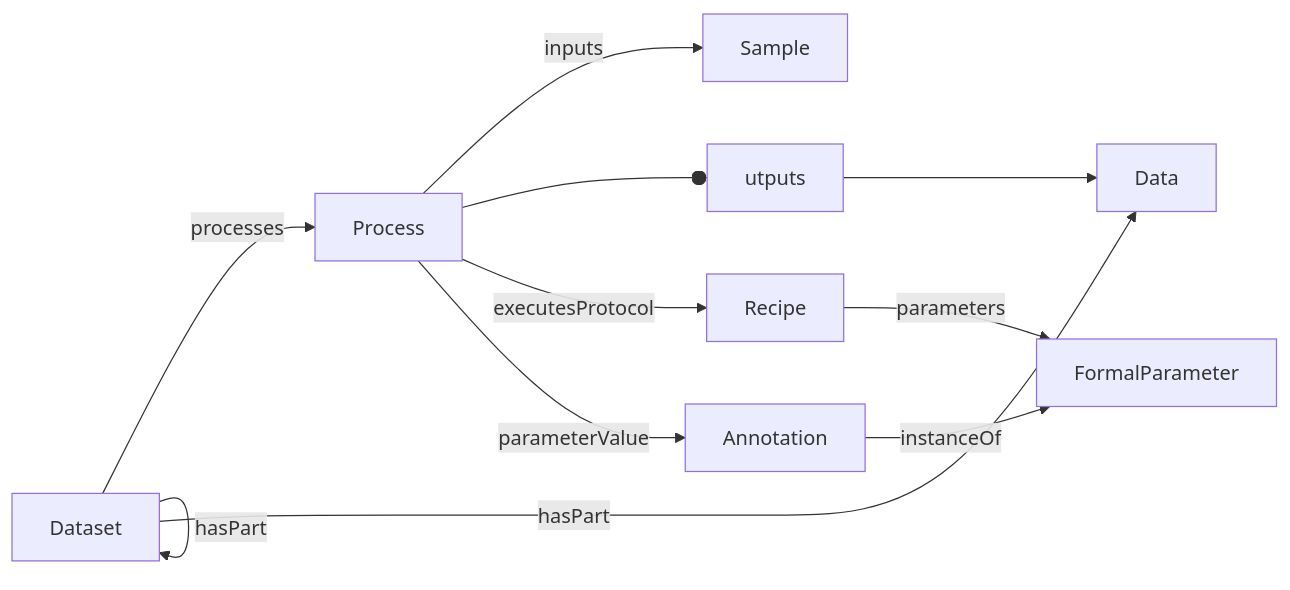
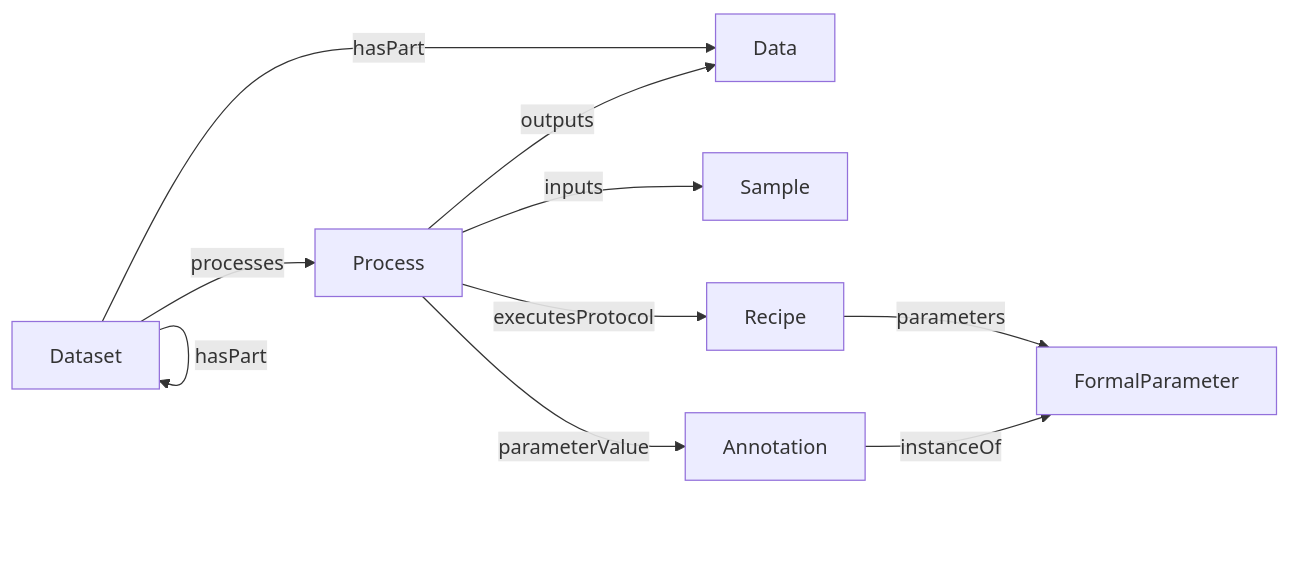
Before and after one commit to HLWeil/ProcessCore: the diagram in docs/project/specification.md, drawn with Mermaid. The commit also changed 2 other files, not shown here.

Commit message:
small fix to mermaid edges

````diff
--- a/docs/project/specification.md
+++ b/docs/project/specification.md
@@ -14,12 +14,12 @@
 ```mermaid
 flowchart LR
     Dataset --processes--> Process
     Dataset --hasPart--> Data
     Dataset --hasPart--> Dataset
     Process --inputs--> Sample
-    Process --outputs--> Data
+    Process --"outputs"--> Data
     Process --executesProtocol--> Recipe
     Process --parameterValue--> Annotation
     Recipe --parameters--> FormalParameter
     Annotation --instanceOf--> FormalParameter
 ```
````
